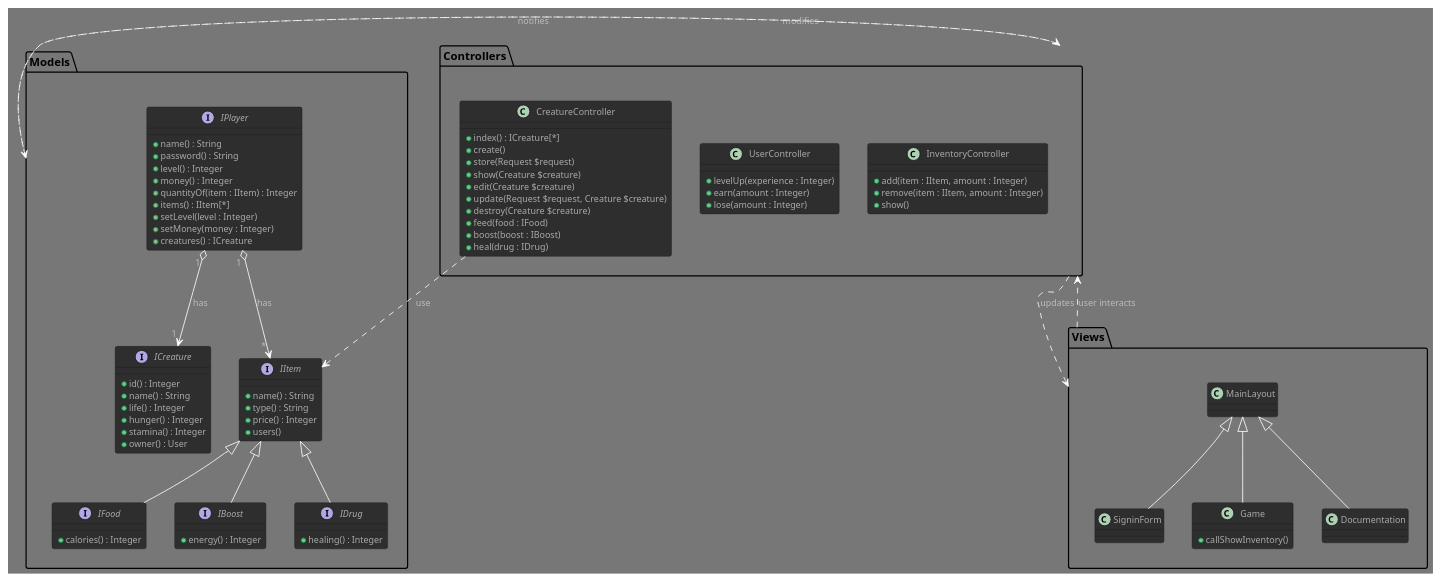
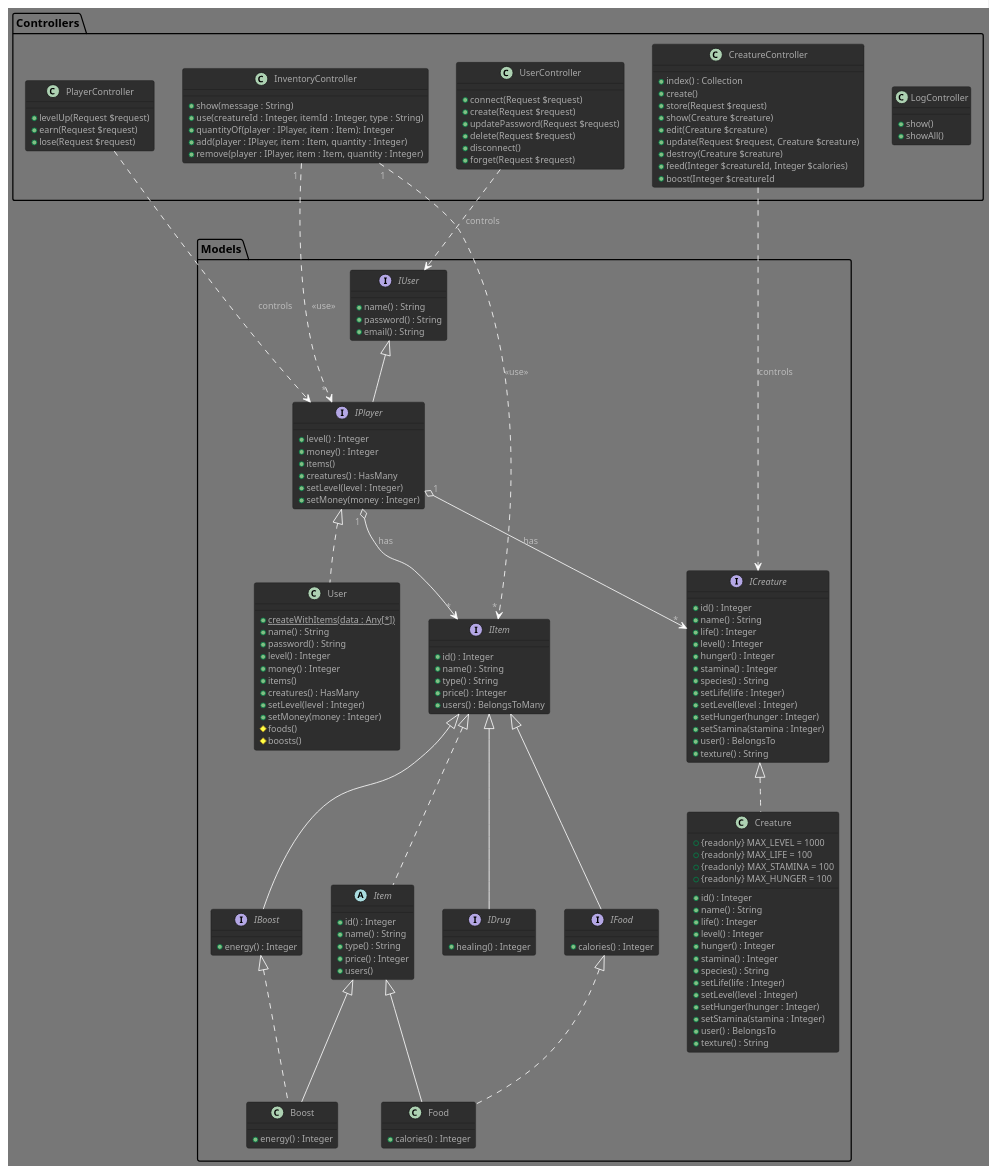
One commit to GlazKrovi/VirtualNoe changed the diagram in VirtualNoe.puml. Above: the diagram before and after it, drawn with PlantUML. The commit also changed 11 other files, not shown here.

Commit message:
update uml

```diff
--- a/VirtualNoe.puml
+++ b/VirtualNoe.puml
@@ -1,113 +1,177 @@
 @startuml VirtualNoe
 
 !theme reddress-darkgreen
 
 package Models
 {
-    interface IPlayer
+    interface IUser {
+        + name() : String
+        + password() : String
+        + email() : String
+    }
+
+    interface IPlayer extends IUser
     {
+        +  level() : Integer
+        +  money() : Integer
+        +  items()
+        +  creatures() : HasMany
+        +  setLevel(level : Integer)
+        +  setMoney(money : Integer)
+    }
+    IPlayer" 1 " o--> " * "IItem : has
+    IPlayer" 1 " o--> " * "ICreature : has
+
+    class User implements IPlayer
+    {
+        + {static} createWithItems(data : Any[*])
         + name() : String
         + password() : String
         + level() : Integer
         + money() : Integer
-        + quantityOf(item : IItem) : Integer
-        + items() : IItem[*]
+        + items()
+        + creatures() : HasMany
         + setLevel(level : Integer)
         + setMoney(money : Integer)
-        + creatures() : ICreature
+        # foods()
+        # boosts()
     }
 
     interface IItem
     {
+        + id() : Integer
         + name() : String
         + type() : String
         + price() : Integer
-        + users() /' get owners '/
+        + users() : BelongsToMany /' get owners '/
+    }
+
+    abstract class Item implements IItem
+    {
+        + id() : Integer
+        + name() : String
+        + type() : String
+        + price() : Integer
+        + users()
     }
 
     interface IFood implements IItem
     {
         /' number of points added to hunger gauge '/
-        + calories() : Integer  
+        + calories() : Integer
+    }
+
+    class Food extends Item implements IFood
+    {
+        + calories() : Integer
     }
 
     interface IBoost implements IItem
     {
         /' number of points added to stamina gauge '/
+        + energy() : Integer
+    }
+
+    class Boost extends Item implements IBoost
+    {
         + energy() : Integer
     }
 
     interface IDrug implements IItem
     {
         /' number of points added to life gauge '/
         + healing() : Integer
     }
 
-    interface ICreature 
-    { 
+    interface ICreature
+    {
         + id() : Integer
         + name() : String
         + life() : Integer
+        + level() : Integer
         + hunger() : Integer
         + stamina() : Integer
-        + owner() : User
+        + species() : String
+        + setLife(life : Integer)
+        + setLevel(level : Integer)
+        + setHunger(hunger : Integer)
+        + setStamina(stamina : Integer)
+        + user() : BelongsTo
+        + texture() : String
+    }
+
+    class Creature implements ICreature
+    {
+        + {readonly} MAX_LEVEL = 1000
+        + {readonly} MAX_LIFE = 100
+        + {readonly} MAX_STAMINA = 100
+        + {readonly} MAX_HUNGER = 100
+        + id() : Integer
+        + name() : String
+        + life() : Integer
+        + level() : Integer
+        + hunger() : Integer
+        + stamina() : Integer
+        + species() : String
+        + setLife(life : Integer)
+        + setLevel(level : Integer)
+        + setHunger(hunger : Integer)
+        + setStamina(stamina : Integer)
+        + user() : BelongsTo
+        + texture() : String
     }
 }
 
-package Controllers 
-{ 
+package Controllers
+{
+    class LogController
+    {
+        +  show()
+        +  showAll()
+    }
+
     class InventoryController   /' use IPlayer '/
     {
-        + add(item : IItem, amount : Integer) 
-        + remove(item : IItem, amount : Integer)
-        + show()
+        + show(message : String)
+        + use(creatureId : Integer, itemId : Integer, type : String)
+        + quantityOf(player : IPlayer, item : Item): Integer
+        + add(player : IPlayer, item : Item, quantity : Integer)
+        + remove(player : IPlayer, item : Item, quantity : Integer)
     }
+    InventoryController" 1 " ..> " * "IPlayer : <<use>>
+    InventoryController" 1 " ..> " * "IItem : <<use>>
 
-    class UserController
-    {
-        /' Authentication system managed by laravel'/
-        + levelUp(experience : Integer)
-        + earn(amount : Integer) /' money '/
-        + lose(amount : Integer) /' money '/
+    class UserController {
+        + connect(Request $request)
+        + create(Request $request)
+        + updatePassword(Request $request)
+        + delete(Request $request)
+        + disconnect()
+        + forget(Request $request)
     }
+    UserController ..> IUser : controls
+
+    class PlayerController {
+        + levelUp(Request $request)
+        + earn(Request $request)
+        + lose(Request $request)
+    }
+    PlayerController ..> IPlayer : controls
 
     class CreatureController
     {
-        + index() : ICreature[*]
+        + index() : Collection
         + create()
         + store(Request $request)
         + show(Creature $creature)
         + edit(Creature $creature)
         + update(Request $request, Creature $creature)
         + destroy(Creature $creature)
-        + feed(food : IFood)
-        + boost(boost : IBoost)
-        + heal(drug : IDrug)
+        + feed(Integer $creatureId, Integer $calories)
+        + boost(Integer $creatureId
     }
+    CreatureController ..> ICreature : controls
+
 }
 
-package Views 
-{ 
-    class MainLayout
-    class SigninForm extends MainLayout   /' home, index '/
-    class Game extends MainLayout   /' main game window '/
-    {
-        + callShowInventory()
-    }
-    class Documentation extends MainLayout   /' tutorial, etc. '/
-}
-
-/' AGREGATIONS / COMPOSITIONS '/
-IPlayer" 1 " o--> " * "IItem : has
-IPlayer" 1 " o--> " 1 "ICreature : has
-
-/' USING '/
-CreatureController ..> IItem : use             
-
-/' MVC '/
-Controllers ..> Models : modifies
-Controllers ..> Views : updates
-Views ..> Controllers : user interacts
-Models ..> Controllers : notifies 
-
 @enduml
```
